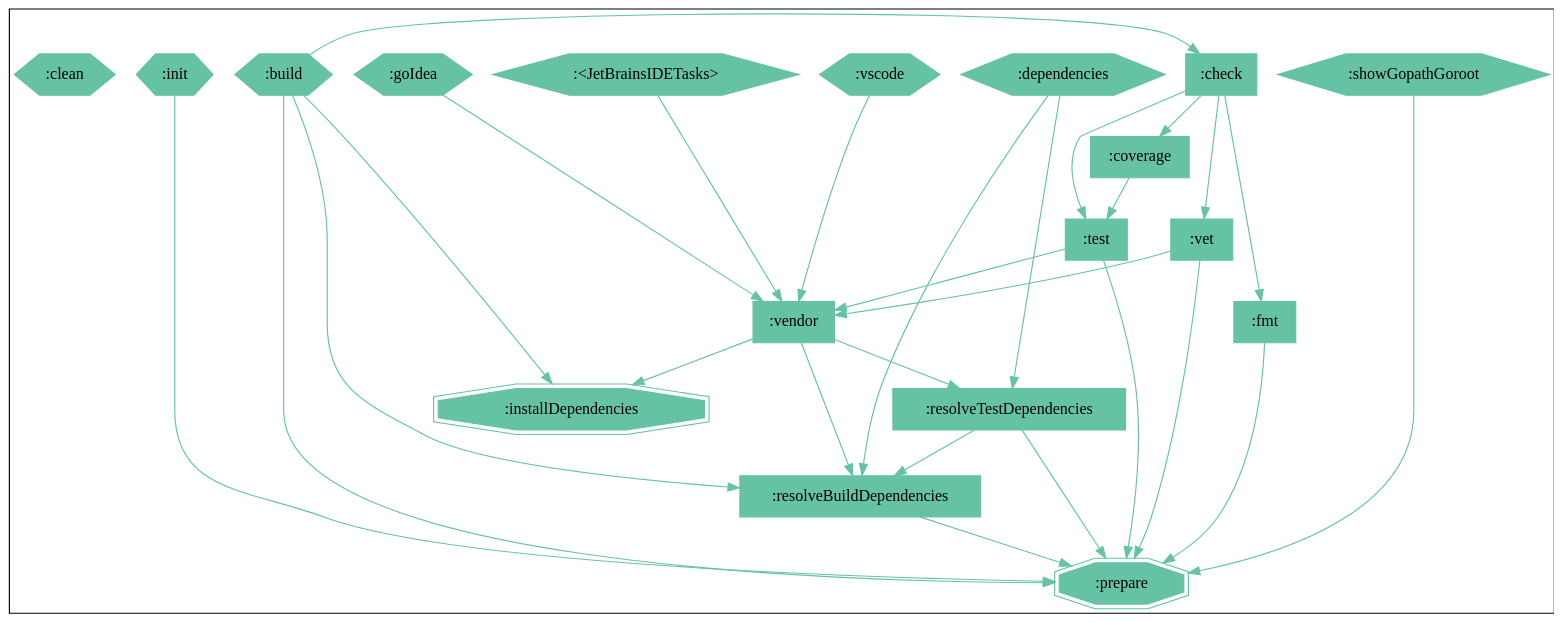
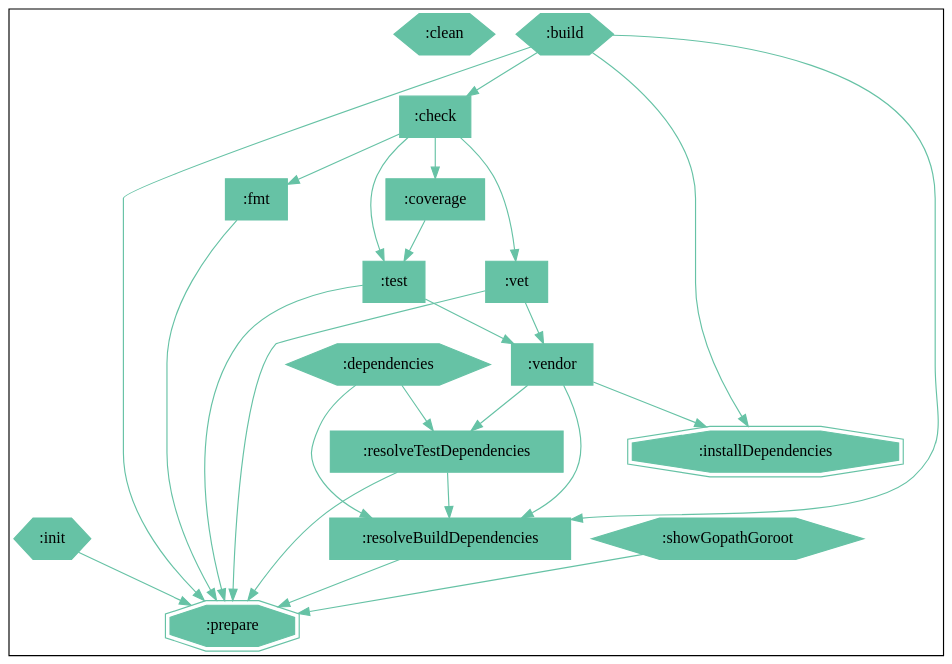
Before and after one commit to gogradle/gogradle: the diagram in docs/images/visteg.dot, drawn with Graphviz. The commit also changed 8 other files, not shown here.

```diff
--- a/docs/images/visteg.dot
+++ b/docs/images/visteg.dot
@@ -1,150 +1,143 @@
 digraph compile { 
 colorscheme=spectral11;
 ":clean" [shape="hexagon",colorscheme="spectral11",style=filled,color=9];
 ":init" -> ":prepare" [colorscheme="spectral11",color=9];
 ":init" [shape="hexagon",colorscheme="spectral11",style=filled,color=9];
 ":prepare" [shape="doubleoctagon",colorscheme="spectral11",style=filled,color=9];
 ":check" -> ":coverage" [colorscheme="spectral11",color=9];
 ":check" -> ":test" [colorscheme="spectral11",color=9];
 ":check" -> ":vet" [colorscheme="spectral11",color=9];
 ":check" -> ":fmt" [colorscheme="spectral11",color=9];
 ":check" [shape="box",colorscheme="spectral11",style=filled,color=9];
 ":coverage" -> ":test" [colorscheme="spectral11",color=9];
 ":coverage" [shape="box",colorscheme="spectral11",style=filled,color=9];
 ":test" -> ":prepare" [colorscheme="spectral11",color=9];
 ":test" -> ":vendor" [colorscheme="spectral11",color=9];
 ":test" [shape="box",colorscheme="spectral11",style=filled,color=9];
 ":vet" -> ":prepare" [colorscheme="spectral11",color=9];
 ":vet" -> ":vendor" [colorscheme="spectral11",color=9];
 ":vet" [shape="box",colorscheme="spectral11",style=filled,color=9];
 ":fmt" -> ":prepare" [colorscheme="spectral11",color=9];
 ":fmt" [shape="box",colorscheme="spectral11",style=filled,color=9];
 ":test" [shape="box",colorscheme="spectral11",style=filled,color=9];
 ":prepare" [shape="doubleoctagon",colorscheme="spectral11",style=filled,color=9];
 ":vendor" -> ":installDependencies" [colorscheme="spectral11",color=9];
 ":vendor" -> ":resolveBuildDependencies" [colorscheme="spectral11",color=9];
 ":vendor" -> ":resolveTestDependencies" [colorscheme="spectral11",color=9];
 ":vendor" [shape="box",colorscheme="spectral11",style=filled,color=9];
 ":prepare" [shape="doubleoctagon",colorscheme="spectral11",style=filled,color=9];
 ":vendor" [shape="box",colorscheme="spectral11",style=filled,color=9];
 ":prepare" [shape="doubleoctagon",colorscheme="spectral11",style=filled,color=9];
 ":prepare" [shape="doubleoctagon",colorscheme="spectral11",style=filled,color=9];
 ":vendor" [shape="box",colorscheme="spectral11",style=filled,color=9];
 ":installDependencies" [shape="doubleoctagon",colorscheme="spectral11",style=filled,color=9];
 ":resolveBuildDependencies" -> ":prepare" [colorscheme="spectral11",color=9];
 ":resolveBuildDependencies" [shape="box",colorscheme="spectral11",style=filled,color=9];
 ":resolveTestDependencies" -> ":prepare" [colorscheme="spectral11",color=9];
 ":resolveTestDependencies" -> ":resolveBuildDependencies" [colorscheme="spectral11",color=9];
 ":resolveTestDependencies" [shape="box",colorscheme="spectral11",style=filled,color=9];
 ":installDependencies" [shape="doubleoctagon",colorscheme="spectral11",style=filled,color=9];
 ":resolveBuildDependencies" [shape="box",colorscheme="spectral11",style=filled,color=9];
 ":resolveTestDependencies" [shape="box",colorscheme="spectral11",style=filled,color=9];
 ":installDependencies" [shape="doubleoctagon",colorscheme="spectral11",style=filled,color=9];
 ":resolveBuildDependencies" [shape="box",colorscheme="spectral11",style=filled,color=9];
 ":resolveTestDependencies" [shape="box",colorscheme="spectral11",style=filled,color=9];
 ":prepare" [shape="doubleoctagon",colorscheme="spectral11",style=filled,color=9];
 ":prepare" [shape="doubleoctagon",colorscheme="spectral11",style=filled,color=9];
 ":resolveBuildDependencies" [shape="box",colorscheme="spectral11",style=filled,color=9];
 ":prepare" [shape="doubleoctagon",colorscheme="spectral11",style=filled,color=9];
 ":prepare" [shape="doubleoctagon",colorscheme="spectral11",style=filled,color=9];
 ":resolveBuildDependencies" [shape="box",colorscheme="spectral11",style=filled,color=9];
 ":prepare" [shape="doubleoctagon",colorscheme="spectral11",style=filled,color=9];
 ":prepare" [shape="doubleoctagon",colorscheme="spectral11",style=filled,color=9];
 ":resolveBuildDependencies" [shape="box",colorscheme="spectral11",style=filled,color=9];
 ":prepare" [shape="doubleoctagon",colorscheme="spectral11",style=filled,color=9];
 ":prepare" [shape="doubleoctagon",colorscheme="spectral11",style=filled,color=9];
 ":prepare" [shape="doubleoctagon",colorscheme="spectral11",style=filled,color=9];
 ":build" -> ":check" [colorscheme="spectral11",color=9];
 ":build" -> ":prepare" [colorscheme="spectral11",color=9];
 ":build" -> ":installDependencies" [colorscheme="spectral11",color=9];
 ":build" -> ":resolveBuildDependencies" [colorscheme="spectral11",color=9];
 ":build" [shape="hexagon",colorscheme="spectral11",style=filled,color=9];
 ":check" [shape="box",colorscheme="spectral11",style=filled,color=9];
 ":prepare" [shape="doubleoctagon",colorscheme="spectral11",style=filled,color=9];
 ":installDependencies" [shape="doubleoctagon",colorscheme="spectral11",style=filled,color=9];
 ":resolveBuildDependencies" [shape="box",colorscheme="spectral11",style=filled,color=9];
 ":coverage" [shape="box",colorscheme="spectral11",style=filled,color=9];
 ":test" [shape="box",colorscheme="spectral11",style=filled,color=9];
 ":vet" [shape="box",colorscheme="spectral11",style=filled,color=9];
 ":fmt" [shape="box",colorscheme="spectral11",style=filled,color=9];
 ":prepare" [shape="doubleoctagon",colorscheme="spectral11",style=filled,color=9];
 ":test" [shape="box",colorscheme="spectral11",style=filled,color=9];
 ":prepare" [shape="doubleoctagon",colorscheme="spectral11",style=filled,color=9];
 ":vendor" [shape="box",colorscheme="spectral11",style=filled,color=9];
 ":prepare" [shape="doubleoctagon",colorscheme="spectral11",style=filled,color=9];
 ":vendor" [shape="box",colorscheme="spectral11",style=filled,color=9];
 ":prepare" [shape="doubleoctagon",colorscheme="spectral11",style=filled,color=9];
 ":prepare" [shape="doubleoctagon",colorscheme="spectral11",style=filled,color=9];
 ":vendor" [shape="box",colorscheme="spectral11",style=filled,color=9];
 ":installDependencies" [shape="doubleoctagon",colorscheme="spectral11",style=filled,color=9];
 ":resolveBuildDependencies" [shape="box",colorscheme="spectral11",style=filled,color=9];
 ":resolveTestDependencies" [shape="box",colorscheme="spectral11",style=filled,color=9];
 ":installDependencies" [shape="doubleoctagon",colorscheme="spectral11",style=filled,color=9];
 ":resolveBuildDependencies" [shape="box",colorscheme="spectral11",style=filled,color=9];
 ":resolveTestDependencies" [shape="box",colorscheme="spectral11",style=filled,color=9];
 ":installDependencies" [shape="doubleoctagon",colorscheme="spectral11",style=filled,color=9];
 ":resolveBuildDependencies" [shape="box",colorscheme="spectral11",style=filled,color=9];
 ":resolveTestDependencies" [shape="box",colorscheme="spectral11",style=filled,color=9];
 ":prepare" [shape="doubleoctagon",colorscheme="spectral11",style=filled,color=9];
 ":prepare" [shape="doubleoctagon",colorscheme="spectral11",style=filled,color=9];
 ":resolveBuildDependencies" [shape="box",colorscheme="spectral11",style=filled,color=9];
 ":prepare" [shape="doubleoctagon",colorscheme="spectral11",style=filled,color=9];
 ":prepare" [shape="doubleoctagon",colorscheme="spectral11",style=filled,color=9];
 ":resolveBuildDependencies" [shape="box",colorscheme="spectral11",style=filled,color=9];
 ":prepare" [shape="doubleoctagon",colorscheme="spectral11",style=filled,color=9];
 ":prepare" [shape="doubleoctagon",colorscheme="spectral11",style=filled,color=9];
 ":resolveBuildDependencies" [shape="box",colorscheme="spectral11",style=filled,color=9];
 ":prepare" [shape="doubleoctagon",colorscheme="spectral11",style=filled,color=9];
 ":prepare" [shape="doubleoctagon",colorscheme="spectral11",style=filled,color=9];
 ":prepare" [shape="doubleoctagon",colorscheme="spectral11",style=filled,color=9];
-":goIdea" -> ":vendor" [colorscheme="spectral11",color=9];
-":goIdea" [shape="hexagon",colorscheme="spectral11",style=filled,color=9];
 ":vendor" [shape="box",colorscheme="spectral11",style=filled,color=9];
 ":installDependencies" [shape="doubleoctagon",colorscheme="spectral11",style=filled,color=9];
 ":resolveBuildDependencies" [shape="box",colorscheme="spectral11",style=filled,color=9];
 ":resolveTestDependencies" [shape="box",colorscheme="spectral11",style=filled,color=9];
 ":prepare" [shape="doubleoctagon",colorscheme="spectral11",style=filled,color=9];
 ":prepare" [shape="doubleoctagon",colorscheme="spectral11",style=filled,color=9];
 ":resolveBuildDependencies" [shape="box",colorscheme="spectral11",style=filled,color=9];
 ":prepare" [shape="doubleoctagon",colorscheme="spectral11",style=filled,color=9];
-":<JetBrainsIDETasks>" -> ":vendor" [colorscheme="spectral11",color=9];
-":<JetBrainsIDETasks>" [shape="hexagon",colorscheme="spectral11",style=filled,color=9];
 ":vendor" [shape="box",colorscheme="spectral11",style=filled,color=9];
 ":installDependencies" [shape="doubleoctagon",colorscheme="spectral11",style=filled,color=9];
 ":resolveBuildDependencies" [shape="box",colorscheme="spectral11",style=filled,color=9];
 ":resolveTestDependencies" [shape="box",colorscheme="spectral11",style=filled,color=9];
 ":prepare" [shape="doubleoctagon",colorscheme="spectral11",style=filled,color=9];
 ":prepare" [shape="doubleoctagon",colorscheme="spectral11",style=filled,color=9];
 ":resolveBuildDependencies" [shape="box",colorscheme="spectral11",style=filled,color=9];
 ":prepare" [shape="doubleoctagon",colorscheme="spectral11",style=filled,color=9];
-":vscode" -> ":vendor" [colorscheme="spectral11",color=9];
-":vscode" [shape="hexagon",colorscheme="spectral11",style=filled,color=9];
 ":vendor" [shape="box",colorscheme="spectral11",style=filled,color=9];
 ":installDependencies" [shape="doubleoctagon",colorscheme="spectral11",style=filled,color=9];
 ":resolveBuildDependencies" [shape="box",colorscheme="spectral11",style=filled,color=9];
 ":resolveTestDependencies" [shape="box",colorscheme="spectral11",style=filled,color=9];
 ":prepare" [shape="doubleoctagon",colorscheme="spectral11",style=filled,color=9];
 ":prepare" [shape="doubleoctagon",colorscheme="spectral11",style=filled,color=9];
 ":resolveBuildDependencies" [shape="box",colorscheme="spectral11",style=filled,color=9];
 ":prepare" [shape="doubleoctagon",colorscheme="spectral11",style=filled,color=9];
 ":showGopathGoroot" -> ":prepare" [colorscheme="spectral11",color=9];
 ":showGopathGoroot" [shape="hexagon",colorscheme="spectral11",style=filled,color=9];
 ":vendor" [shape="box",colorscheme="spectral11",style=filled,color=9];
 ":installDependencies" [shape="doubleoctagon",colorscheme="spectral11",style=filled,color=9];
 ":resolveBuildDependencies" [shape="box",colorscheme="spectral11",style=filled,color=9];
 ":resolveTestDependencies" [shape="box",colorscheme="spectral11",style=filled,color=9];
 ":prepare" [shape="doubleoctagon",colorscheme="spectral11",style=filled,color=9];
 ":prepare" [shape="doubleoctagon",colorscheme="spectral11",style=filled,color=9];
 ":resolveBuildDependencies" [shape="box",colorscheme="spectral11",style=filled,color=9];
 ":prepare" [shape="doubleoctagon",colorscheme="spectral11",style=filled,color=9];
 ":dependencies" -> ":resolveBuildDependencies" [colorscheme="spectral11",color=9];
 ":dependencies" -> ":resolveTestDependencies" [colorscheme="spectral11",color=9];
 ":dependencies" [shape="hexagon",colorscheme="spectral11",style=filled,color=9];
 ":resolveBuildDependencies" [shape="box",colorscheme="spectral11",style=filled,color=9];
 ":resolveTestDependencies" [shape="box",colorscheme="spectral11",style=filled,color=9];
 ":prepare" [shape="doubleoctagon",colorscheme="spectral11",style=filled,color=9];
 ":prepare" [shape="doubleoctagon",colorscheme="spectral11",style=filled,color=9];
 ":resolveBuildDependencies" [shape="box",colorscheme="spectral11",style=filled,color=9];
 ":prepare" [shape="doubleoctagon",colorscheme="spectral11",style=filled,color=9];
-{ rank=same; ":clean" ":init" ":check" ":build" ":goIdea" ":<JetBrainsIDETasks>" ":vscode" ":showGopathGoroot" ":dependencies" }
 }
```
